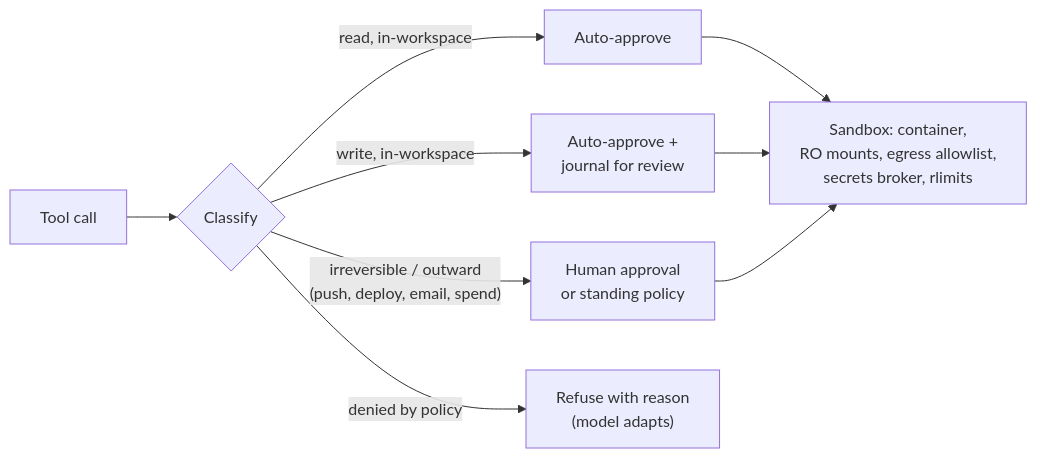
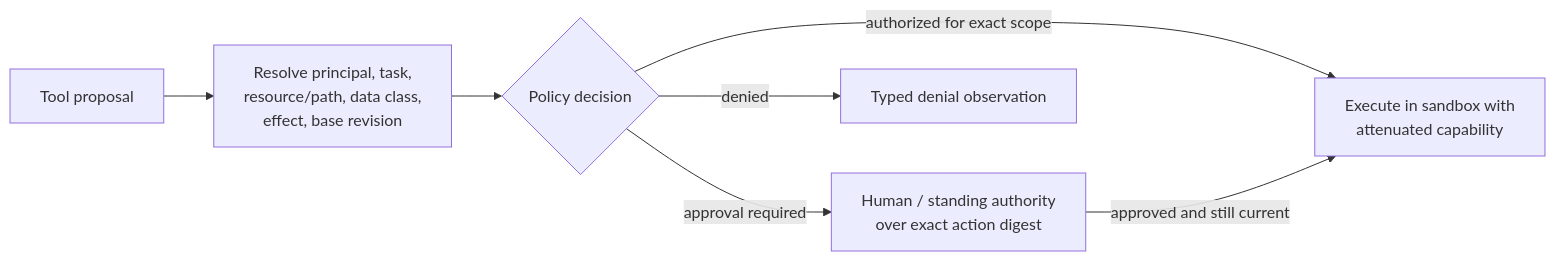
One commit to babushkai/system-design-patterns changed the third of 3 diagrams in 17-llm-systems/09-harness-engineering.md. Above: the diagram before and after it, drawn with Mermaid. The commit also changed other lines of this file and 25 other files, not shown here.

````diff
--- a/17-llm-systems/09-harness-engineering.md
+++ b/17-llm-systems/09-harness-engineering.md
@@ -177,9 +138,9 @@
 ```mermaid
 graph LR
-    A["Tool call"] --> C{"Classify"}
-    C -->|read, in-workspace| AUTO["Auto-approve"]
-    C -->|write, in-workspace| AUTO2["Auto-approve +<br/>journal for review"]
-    C -->|"irreversible / outward<br/>(push, deploy, email, spend)"| GATE["Human approval<br/>or standing policy"]
-    C -->|denied by policy| DENY["Refuse with reason<br/>(model adapts)"]
-    AUTO & AUTO2 & GATE --> SBX["Sandbox: container,<br/>RO mounts, egress allowlist,<br/>secrets broker, rlimits"]
+    A["Tool proposal"] --> R["Resolve principal, task,<br/>resource/path, data class,<br/>effect, base revision"]
+    R --> C{"Policy decision"}
+    C -->|authorized for exact scope| SBX["Execute in sandbox with<br/>attenuated capability"]
+    C -->|approval required| GATE["Human / standing authority<br/>over exact action digest"]
+    GATE -->|approved and still current| SBX
+    C -->|denied| DENY["Typed denial observation"]
 ```
````
